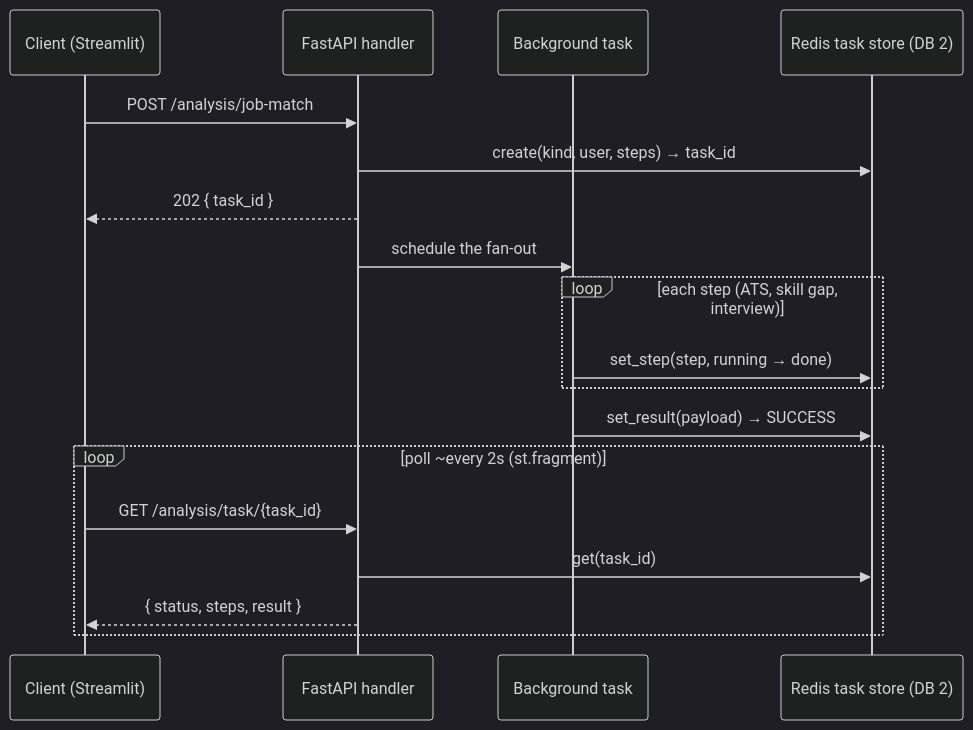
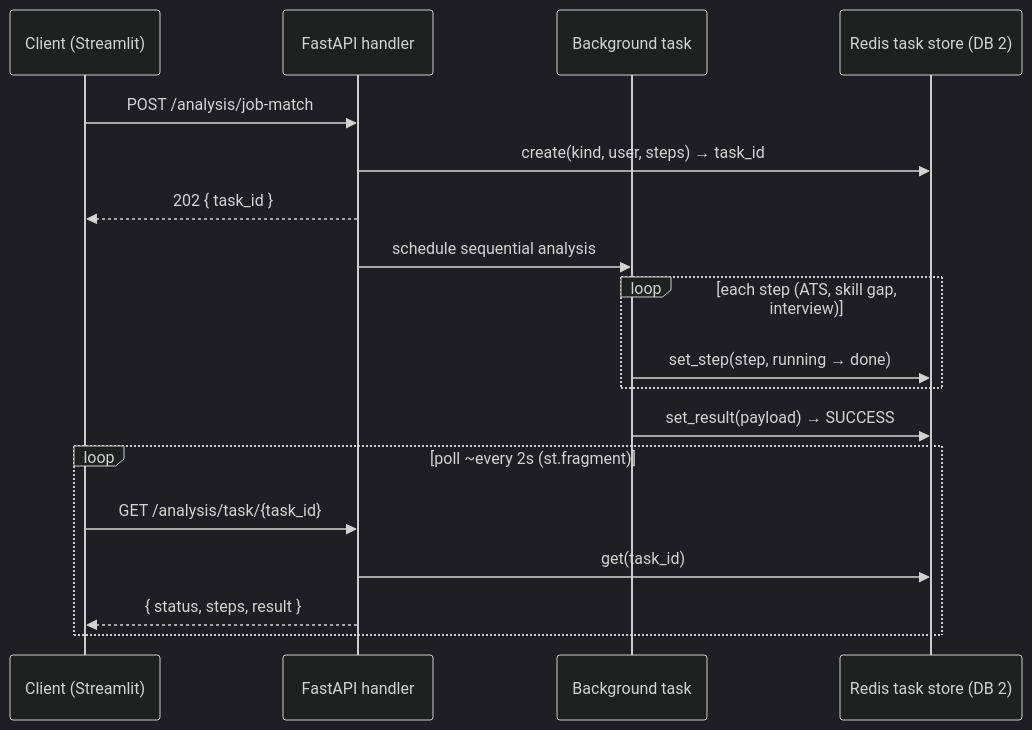
One commit to deeason7/ai-career-hub changed the second of 5 diagrams in docs/ARCHITECTURE.md. Above: the diagram before and after it, drawn with Mermaid (dark theme). The commit also changed other lines of this file and 32 other files, not shown here.

````diff
--- a/docs/ARCHITECTURE.md
+++ b/docs/ARCHITECTURE.md
@@ -56,21 +57,21 @@
 ```mermaid
 sequenceDiagram
     participant C as Client (Streamlit)
     participant API as FastAPI handler
     participant BG as Background task
     participant R as Redis task store (DB 2)
 
     C->>API: POST /analysis/job-match
     API->>R: create(kind, user, steps) → task_id
     API-->>C: 202 { task_id }
-    API->>BG: schedule the fan-out
+    API->>BG: schedule sequential analysis
     loop each step (ATS, skill gap, interview)
         BG->>R: set_step(step, running → done)
     end
     BG->>R: set_result(payload) → SUCCESS
     loop poll ~every 2s (st.fragment)
         C->>API: GET /analysis/task/{task_id}
         API->>R: get(task_id)
         API-->>C: { status, steps, result }
     end
 ```
````
